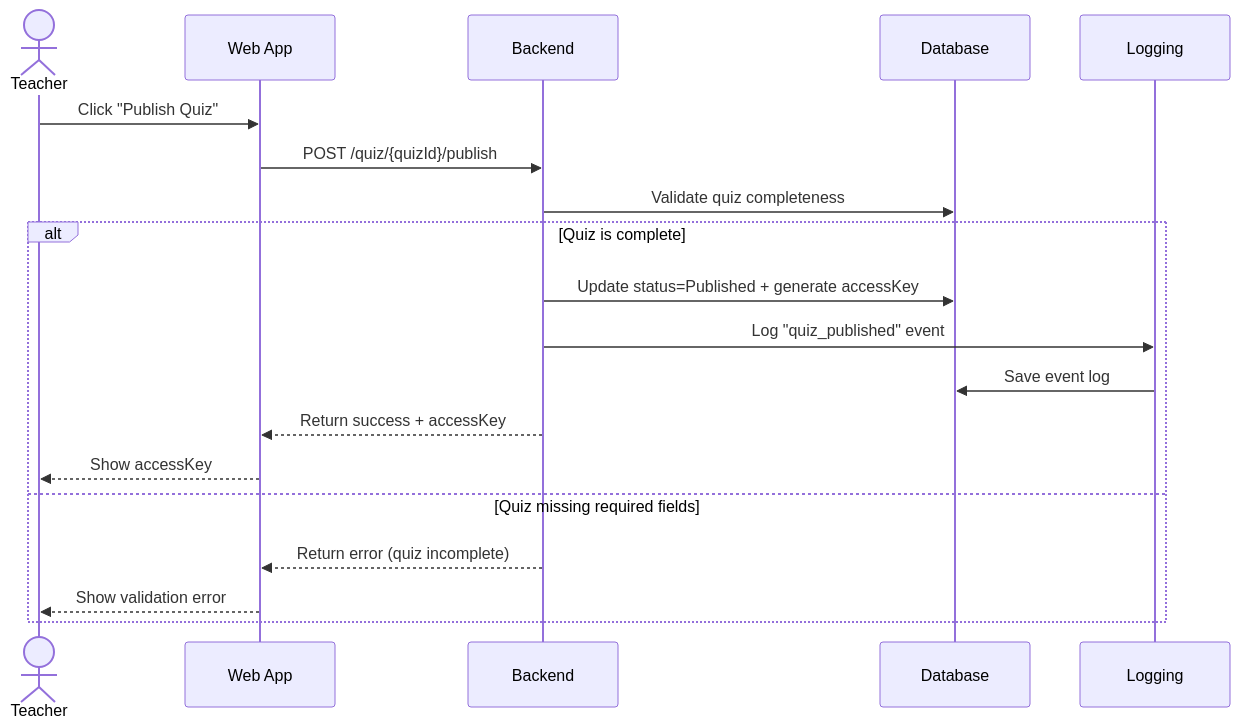
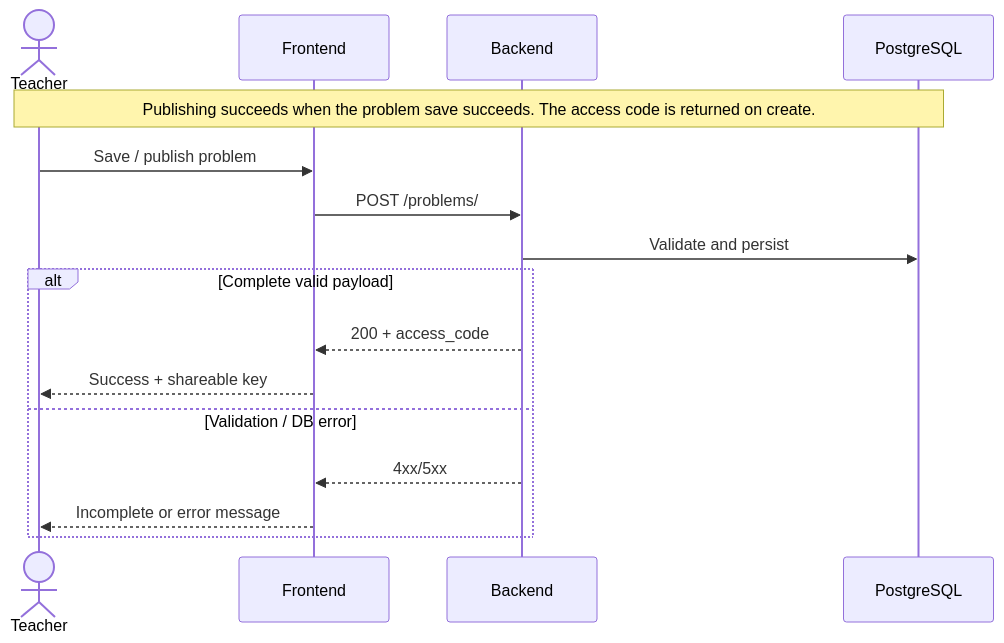
One commit to Capstone-Projects-2026-spring/project-auto-suggestion-quiz changed the fourth of 16 diagrams in documentation/docs/system-architecture/sequence-diagrams.md. Above: the diagram before and after it, drawn with Mermaid. The commit also changed other lines of this file and 5 other files, not shown here.

````diff
--- a/documentation/docs/system-architecture/sequence-diagrams.md
+++ b/documentation/docs/system-architecture/sequence-diagrams.md
@@ -53,22 +105,20 @@
 ```mermaid
 sequenceDiagram
   actor Teacher
-  participant UI as Web App
+  participant FE as Frontend
   participant API as Backend
-  participant DB as Database
-  participant LOG as Logging
+  participant DB as PostgreSQL
 
-  Teacher->>UI: Click "Publish Quiz"
-  UI->>API: POST /quiz/{quizId}/publish
-  API->>DB: Validate quiz completeness
-  alt Quiz is complete
-    API->>DB: Update status=Published + generate accessKey
-    API->>LOG: Log "quiz_published" event
-    LOG->>DB: Save event log
-    API-->>UI: Return success + accessKey
-    UI-->>Teacher: Show accessKey
-  else Quiz missing required fields
-    API-->>UI: Return error (quiz incomplete)
-    UI-->>Teacher: Show validation error
+  Note over Teacher,DB: Publishing succeeds when the problem save succeeds. The access code is returned on create.
+
+  Teacher->>FE: Save / publish problem
+  FE->>API: POST /problems/
+  API->>DB: Validate and persist
+  alt Complete valid payload
+    API-->>FE: 200 + access_code
+    FE-->>Teacher: Success + shareable key
+  else Validation / DB error
+    API-->>FE: 4xx/5xx
+    FE-->>Teacher: Incomplete or error message
   end
 ```
````
